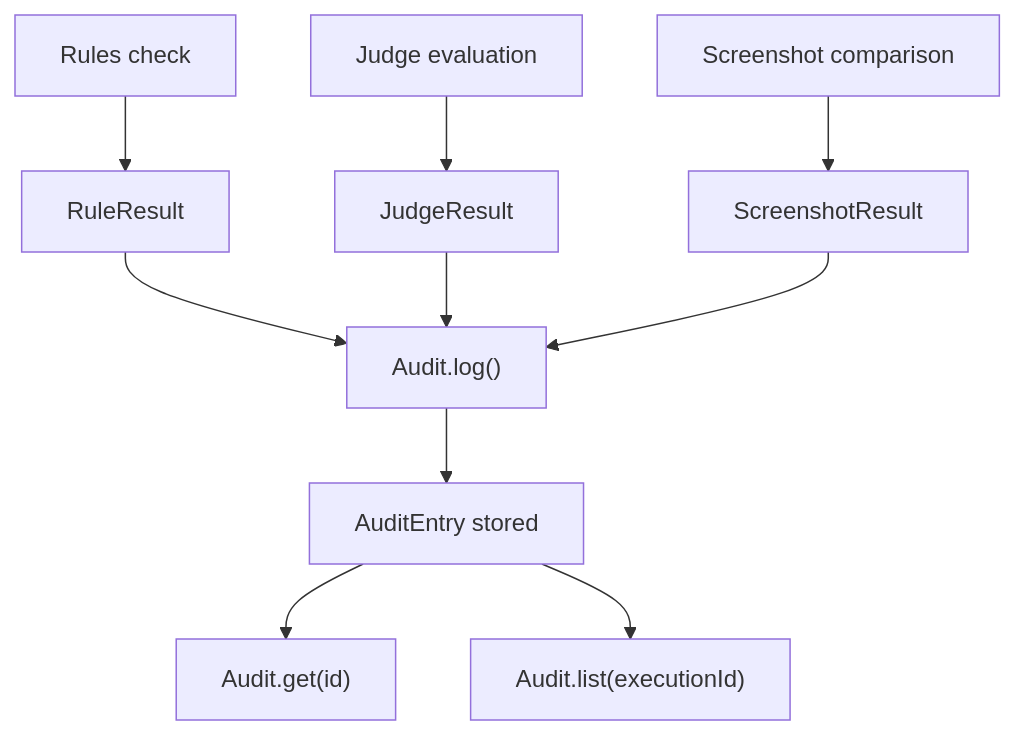
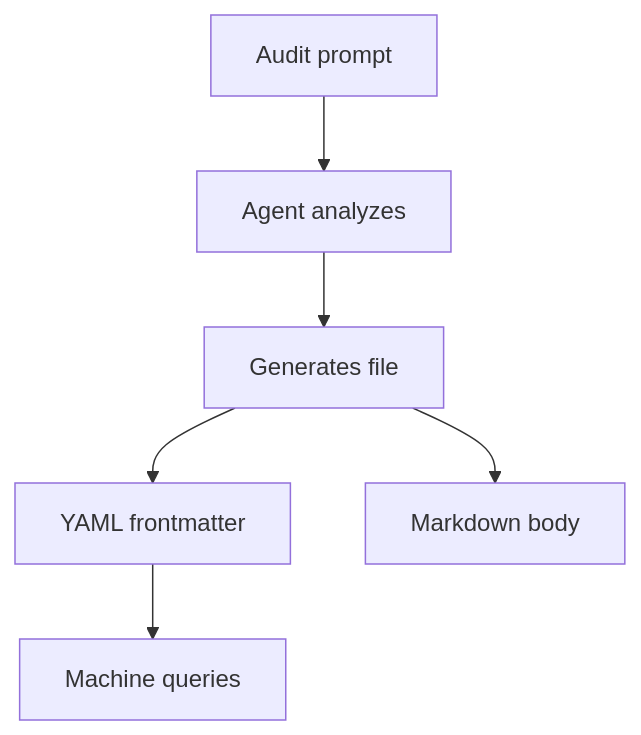
Before and after one commit to synerops/osprotocol: the diagram in apps/web/content/docs/checks/audit.mdx, drawn with Mermaid. The commit also changed other lines of this file and 2 other files, not shown here.

Commit message:
refactor(checks): align AuditEntry with ISO 27001 / ISACA standards (#57)

````diff
--- a/apps/web/content/docs/checks/audit.mdx
+++ b/apps/web/content/docs/checks/audit.mdx
@@ -17,14 +17,8 @@
 ```mermaid
 flowchart TD
-  R[Rules check] --> RL[RuleResult]
-  J[Judge evaluation] --> JL[JudgeResult]
-  S[Screenshot comparison] --> SL[ScreenshotResult]
-
-  RL --> LOG["Audit.log()"]
-  JL --> LOG
-  SL --> LOG
-
-  LOG --> ENTRY[AuditEntry stored]
-  ENTRY --> GET["Audit.get(id)"]
-  ENTRY --> LIST["Audit.list(executionId)"]
+  P[Audit prompt] --> A[Agent analyzes]
+  A --> F[Generates file]
+  F --> Y[YAML frontmatter]
+  F --> B[Markdown body]
+  Y --> Q[Machine queries]
 ```
````
